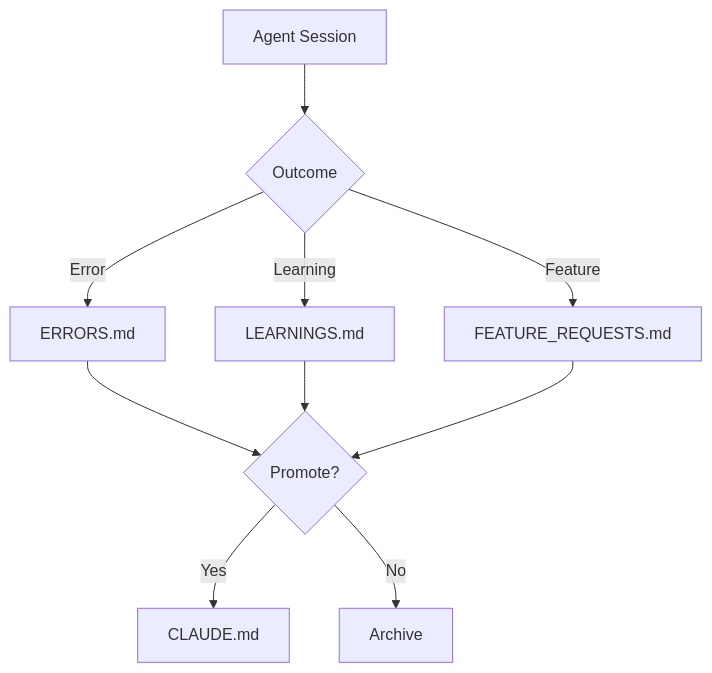
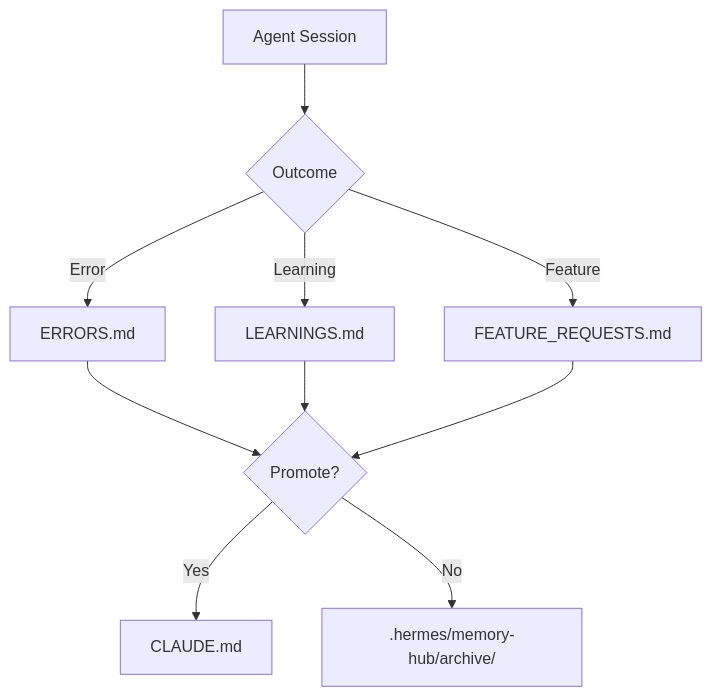
The fourth of 4 diagrams in AGENTS.md (saaedimam/luckystorePOS), drawn with Mermaid before and after one commit. The commit also changed other lines of this file and 964 other files, not shown here.

````diff
--- a/AGENTS.md
+++ b/AGENTS.md
@@ -142,12 +176,12 @@
 ```mermaid
 graph TD
     A[Agent Session] --> B{Outcome}
     B -->|Error| C[ERRORS.md]
     B -->|Learning| D[LEARNINGS.md]
     B -->|Feature| E[FEATURE_REQUESTS.md]
     C --> F{Promote?}
     D --> F
     E --> F
     F -->|Yes| G[CLAUDE.md]
-    F -->|No| H[Archive]
+    F -->|No| H[.hermes/memory-hub/archive/]
 ```
````
